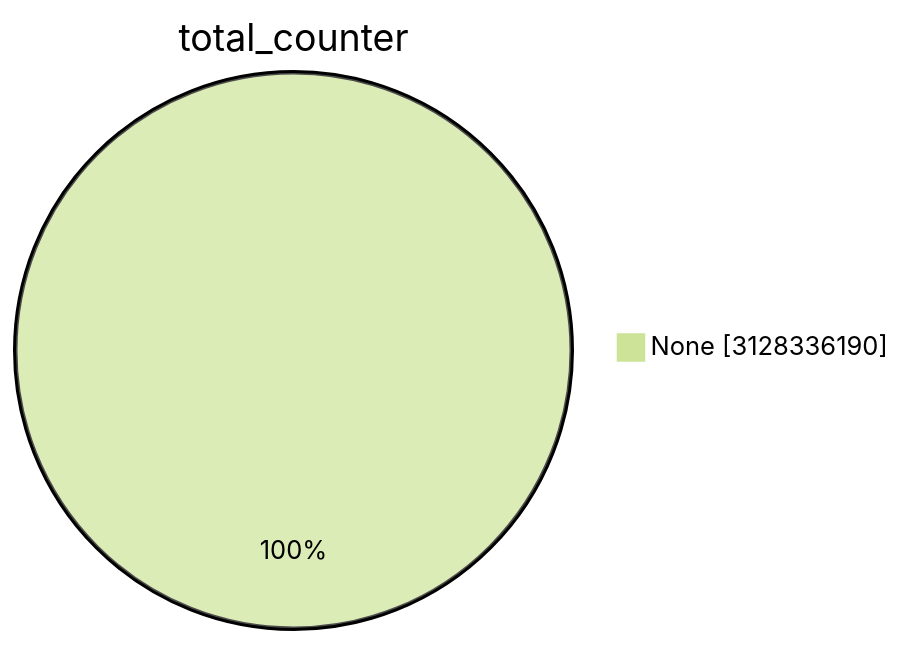
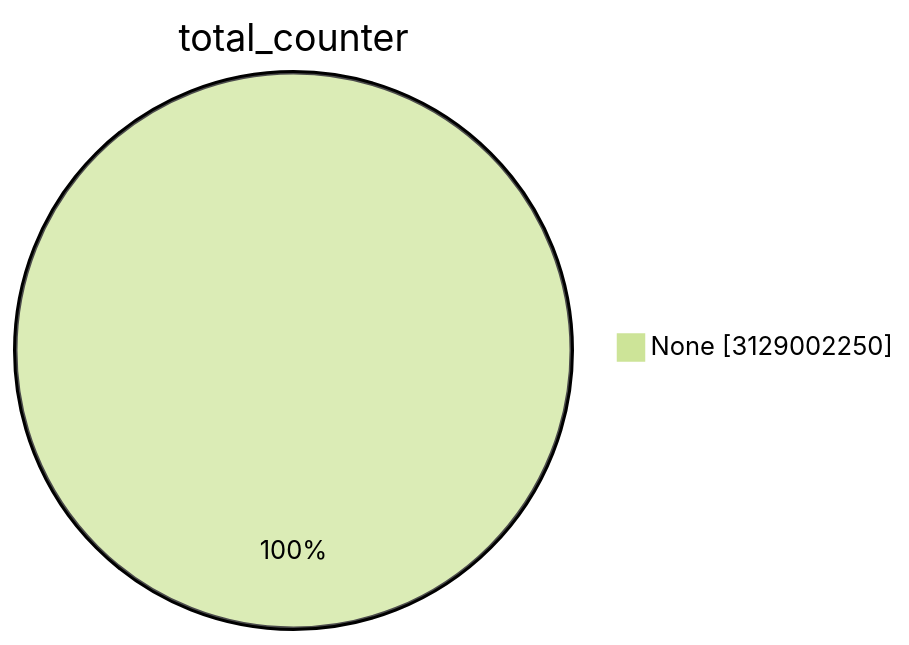
The first of 15 diagrams in TOTAL/README.md (christiankrug/ctmonitor_visualization), drawn with Mermaid (forest theme) before and after one commit. The commit also changed other lines of this file, not shown here.

````diff
--- a/TOTAL/README.md
+++ b/TOTAL/README.md
@@ -1,5 +1,5 @@
 ```mermaid
 pie showData
 title total_counter
-"None" :3128336190
+"None" :3129002250
 ```
````
